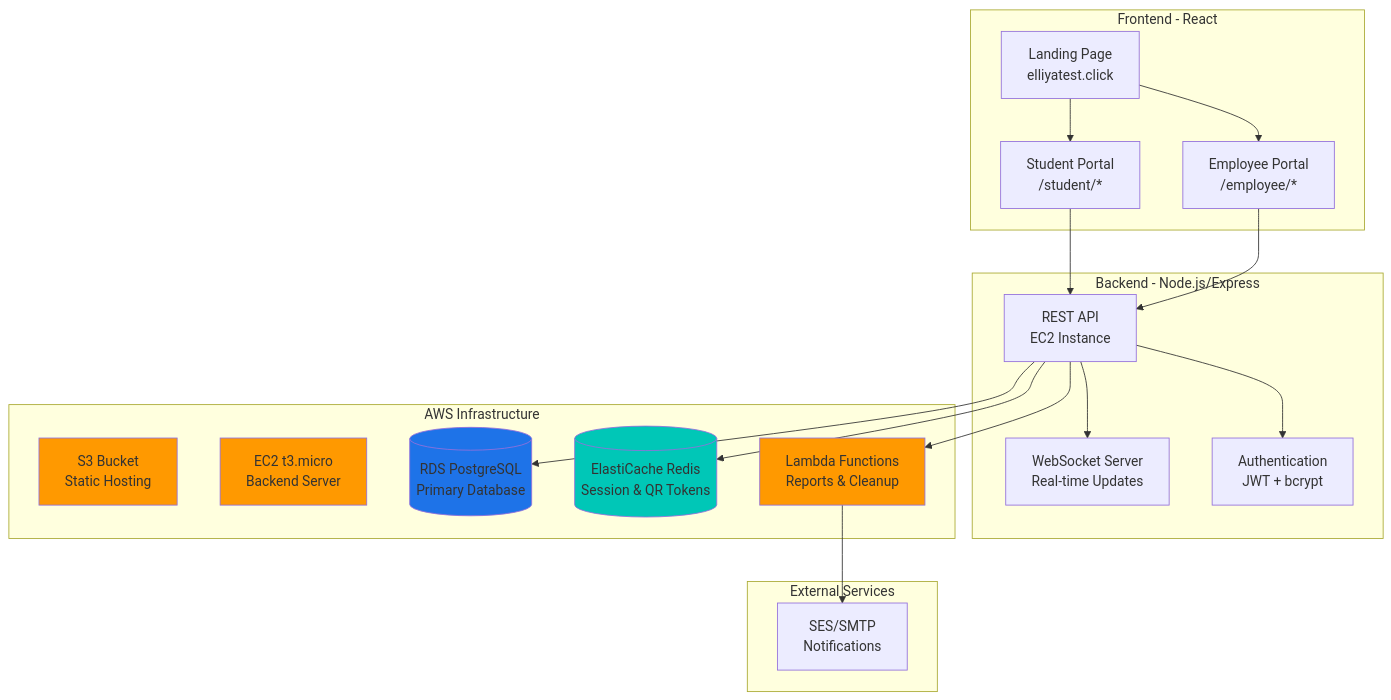
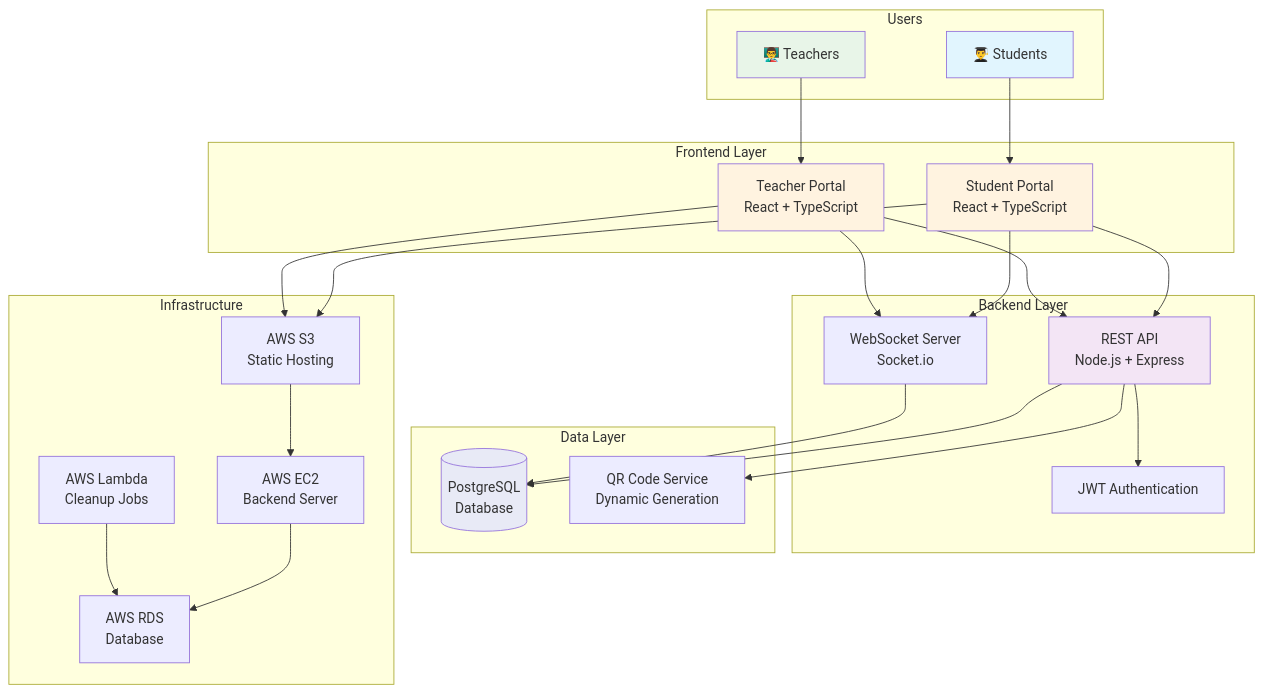
Before and after one commit to ahiko2/class-attendance: the first of 3 diagrams in system-design/readme.md, drawn with Mermaid. The commit also changed other lines of this file, not shown here.

````diff
--- a/system-design/readme.md
+++ b/system-design/readme.md
@@ -21,43 +20,53 @@
 ```mermaid
 graph TB
-    subgraph "Frontend - React"
-        Landing[Landing Page<br/>elliyatest.click]
-        StudentPortal[Student Portal<br/>/student/*]
-        EmployeePortal[Employee Portal<br/>/employee/*]
+    subgraph "Users"
+        Students[👨‍🎓 Students]
+        Teachers[👨‍🏫 Teachers]
     end
     
-    subgraph "Backend - Node.js/Express"
-        API[REST API<br/>EC2 Instance]
-        WebSocket[WebSocket Server<br/>Real-time Updates]
-        Auth[Authentication<br/>JWT + bcrypt]
+    subgraph "Frontend Layer"
+        StudentApp[Student Portal<br/>React + TypeScript]
+        TeacherApp[Teacher Portal<br/>React + TypeScript]
     end
     
-    subgraph "AWS Infrastructure"
-        S3[S3 Bucket<br/>Static Hosting]
-        EC2[EC2 t3.micro<br/>Backend Server]
-        RDS[(RDS PostgreSQL<br/>Primary Database)]
-        Redis[(ElastiCache Redis<br/>Session & QR Tokens)]
-        Lambda[Lambda Functions<br/>Reports & Cleanup]
+    subgraph "Backend Layer"
+        API[REST API<br/>Node.js + Express]
+        WebSocket[WebSocket Server<br/>Socket.io]
+        Auth[JWT Authentication]
     end
     
-    subgraph "External Services"
-        Email[SES/SMTP<br/>Notifications]
+    subgraph "Data Layer"
+        DB[(PostgreSQL<br/>Database)]
+        QRService[QR Code Service<br/>Dynamic Generation]
     end
     
-    Landing --> StudentPortal
-    Landing --> EmployeePortal
-    StudentPortal --> API
-    EmployeePortal --> API
+    subgraph "Infrastructure"
+        S3[AWS S3<br/>Static Hosting]
+        EC2[AWS EC2<br/>Backend Server]
+        RDS[AWS RDS<br/>Database]
+        Lambda[AWS Lambda<br/>Cleanup Jobs]
+    end
+    
+    Students --> StudentApp
+    Teachers --> TeacherApp
+    StudentApp --> S3
+    TeacherApp --> S3
+    StudentApp --> API
+    TeacherApp --> API
+    StudentApp --> WebSocket
+    TeacherApp --> WebSocket
     API --> Auth
-    API --> WebSocket
-    API --> RDS
-    API --> Redis
-    API --> Lambda
-    Lambda --> Email
+    API --> QRService
+    API --> DB
+    WebSocket --> DB
+    S3 --> EC2
+    EC2 --> RDS
+    Lambda --> RDS
     
-    style S3 fill:#FF9900
-    style EC2 fill:#FF9900
-    style RDS fill:#1E73E8
-    style Redis fill:#00C7B7
-    style Lambda fill:#FF9900
+    style Students fill:#e1f5fe
+    style Teachers fill:#e8f5e8
+    style StudentApp fill:#fff3e0
+    style TeacherApp fill:#fff3e0
+    style API fill:#f3e5f5
+    style DB fill:#e8eaf6
 ```
````
